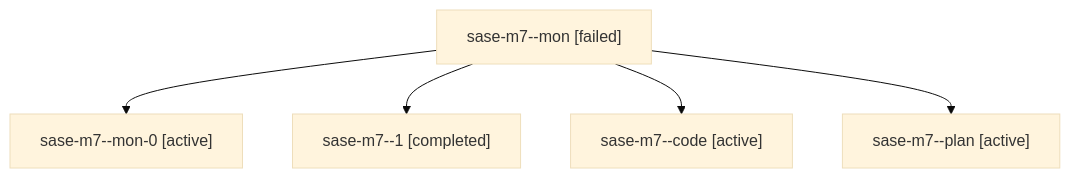
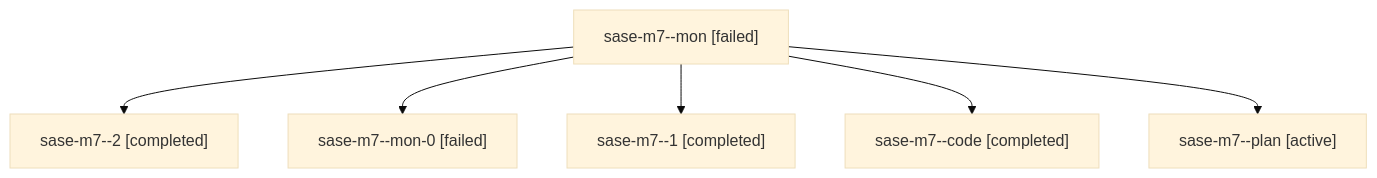
One commit to sase-org/sase--agents changed the diagram in families/bbugyi200.athena.sase-m7.md. Above: the diagram before and after it, drawn with Mermaid (base theme). The commit also changed other lines of this file and 35830 other files, not shown here.

````diff
--- a/families/bbugyi200.athena.sase-m7.md
+++ b/families/bbugyi200.athena.sase-m7.md
@@ -9,12 +9,14 @@
 ```mermaid
 flowchart TD
   n0["sase-m7--mon [failed]"]
-  n1["sase-m7--mon-0 [active]"]
+  n1["sase-m7--2 [completed]"]
   n0 --> n1
-  n2["sase-m7--1 [completed]"]
+  n2["sase-m7--mon-0 [failed]"]
   n0 --> n2
-  n3["sase-m7--code [active]"]
+  n3["sase-m7--1 [completed]"]
   n0 --> n3
-  n4["sase-m7--plan [active]"]
+  n4["sase-m7--code [completed]"]
   n0 --> n4
+  n5["sase-m7--plan [active]"]
+  n0 --> n5
 ```
````
